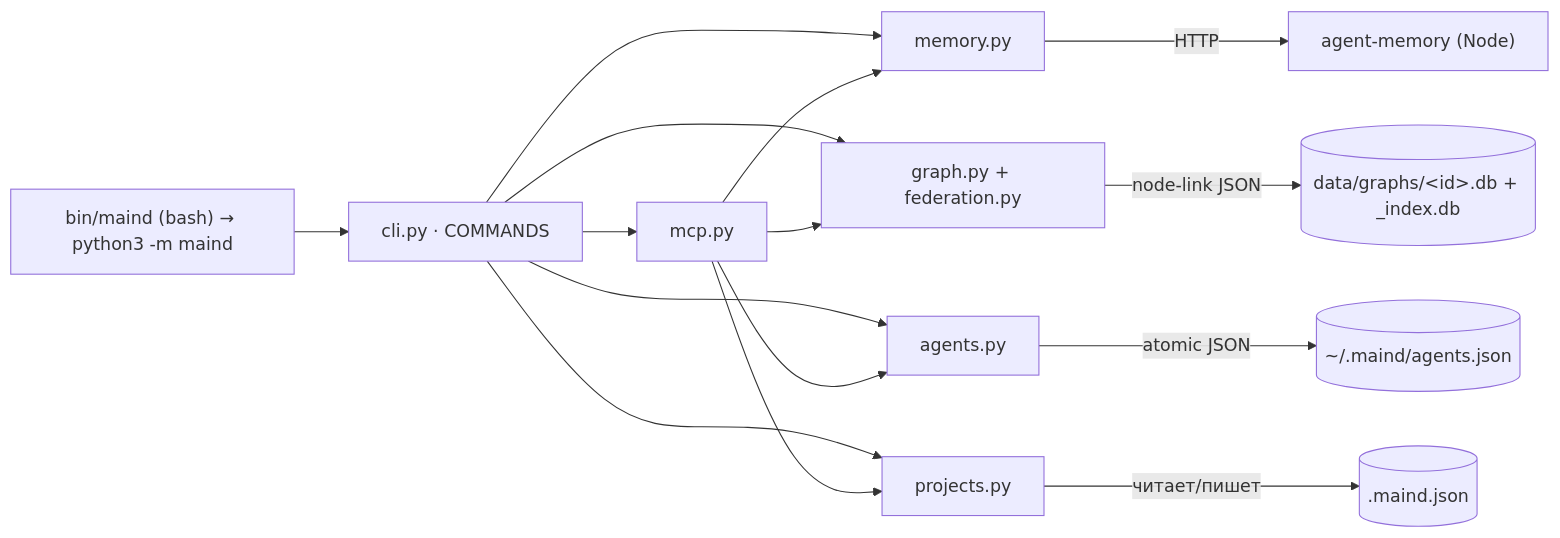
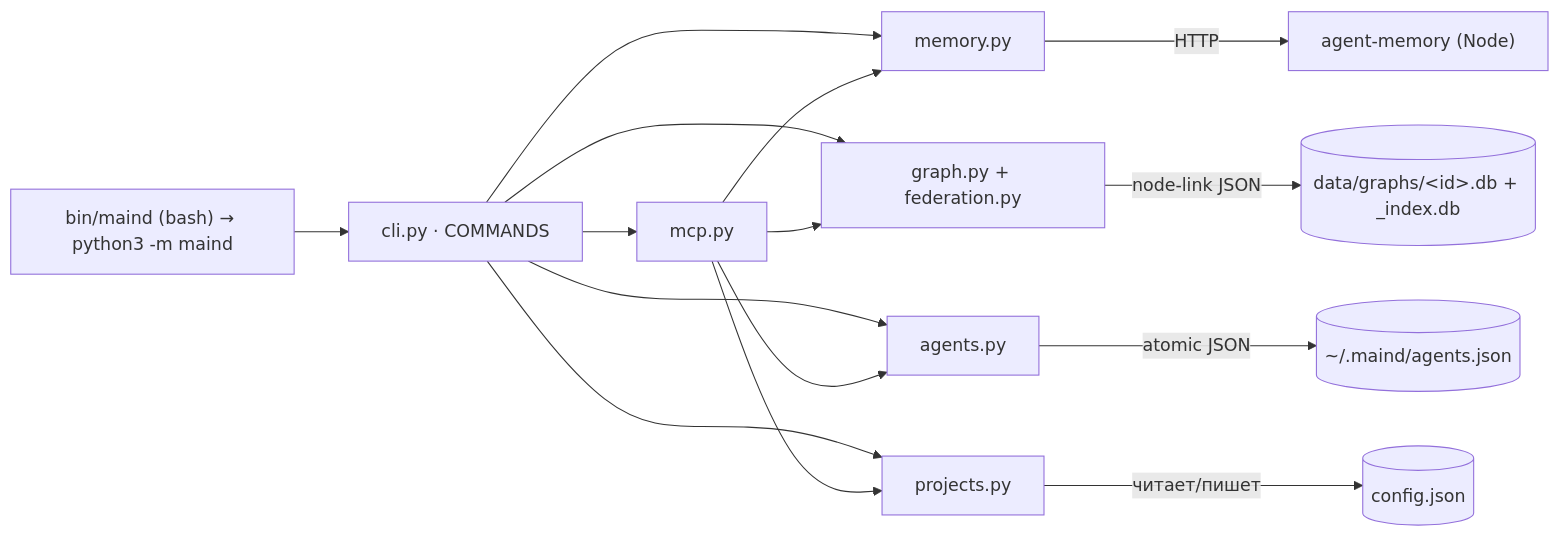
The second of 2 diagrams in packages/maind/docs/architecture.md (academici/swissknifeman), drawn with Mermaid before and after one commit. The commit also changed other lines of this file and 1 other file, not shown here.

First line of the commit message:
docs(maind): config.json вместо .maind.json в architecture/sidebar

````diff
--- a/packages/maind/docs/architecture.md
+++ b/packages/maind/docs/architecture.md
@@ -31,10 +31,10 @@
 ```mermaid
 flowchart LR
   CLI["bin/maind (bash) → python3 -m maind"] --> cli["cli.py · COMMANDS"]
   cli --> mem["memory.py"] & gr["graph.py + federation.py"] & ag["agents.py"] & pr["projects.py"] & mcp["mcp.py"]
   mem -->|HTTP| daemon["agent-memory (Node)"]
   gr -->|node-link JSON| db[("data/graphs/&lt;id&gt;.db + _index.db")]
   ag -->|atomic JSON| aj[("~/.maind/agents.json")]
-  pr -->|читает/пишет| cfg[(".maind.json")]
+  pr -->|читает/пишет| cfg[("config.json")]
   mcp --> mem & gr & ag & pr
 ```
````
